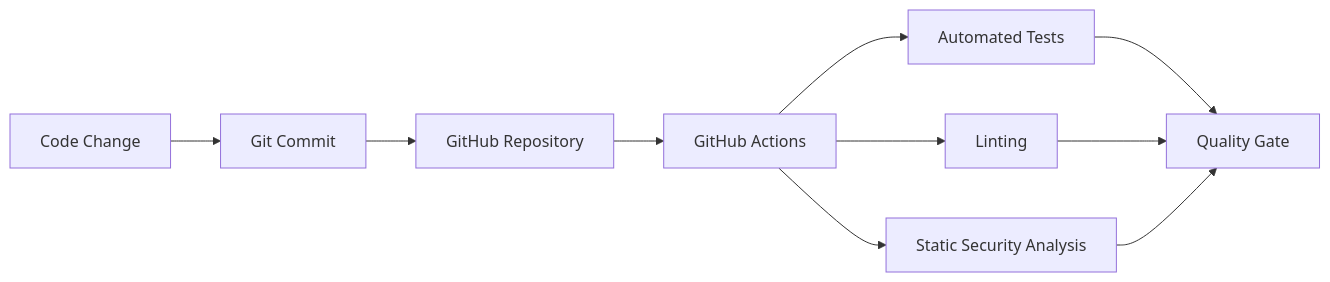
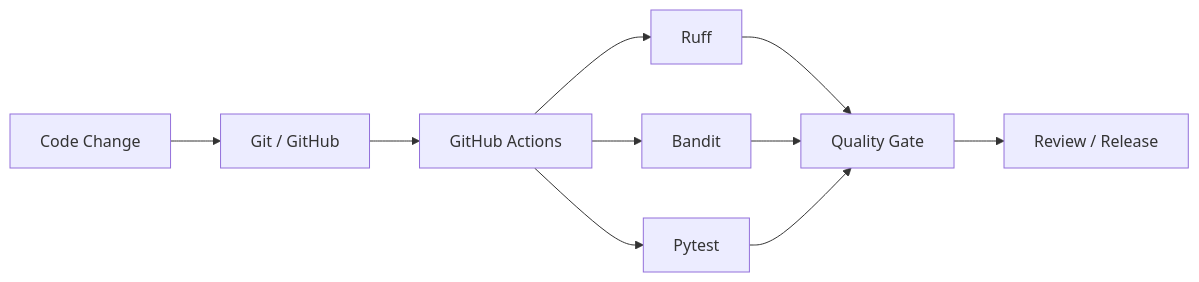
Before and after one commit to ruveeha33/NuclearShield: the sixth of 6 diagrams in README.md, drawn with Mermaid. The commit also changed other lines of this file, not shown here.

````diff
--- a/README.md
+++ b/README.md
@@ -737,14 +772,18 @@
 ```mermaid
 flowchart LR
-    A["Code Change"] --> B["Git Commit"]
-    B --> C["GitHub Repository"]
-    C --> D["GitHub Actions"]
 
-    D --> E["Automated Tests"]
-    D --> F["Linting"]
-    D --> G["Static Security Analysis"]
+    CODE["Code Change"]
+        --> GIT["Git / GitHub"]
 
-    E --> H["Quality Gate"]
-    F --> H
-    G --> H
+    GIT --> CI["GitHub Actions"]
+
+    CI --> RUFF["Ruff"]
+    CI --> BANDIT["Bandit"]
+    CI --> PYTEST["Pytest"]
+
+    RUFF --> GATE["Quality Gate"]
+    BANDIT --> GATE
+    PYTEST --> GATE
+
+    GATE --> REVIEW["Review / Release"]
 ```
````
